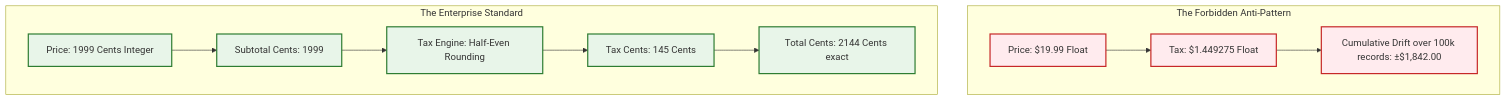
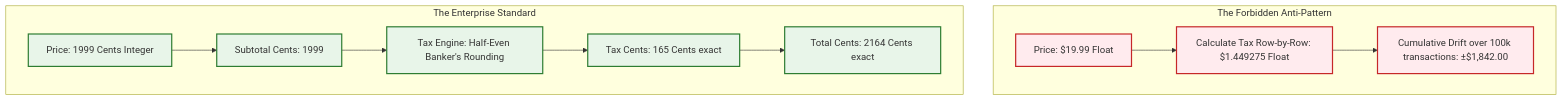
Before and after one commit to reviveproject4-source/OpenBSA: the diagram in 06-edge-cases-and-anti-failure/07-tax-and-multi-currency-rounding-integrity.md, drawn with Mermaid. The commit also changed other lines of this file and 18 other files, not shown here.

````diff
--- a/06-edge-cases-and-anti-failure/07-tax-and-multi-currency-rounding-integrity.md
+++ b/06-edge-cases-and-anti-failure/07-tax-and-multi-currency-rounding-integrity.md
@@ -25,17 +29,17 @@
 ```mermaid
 graph TD
     classDef bad fill:#ffebee,stroke:#c62828,stroke-width:2px;
     classDef good fill:#e8f5e9,stroke:#2e7d32,stroke-width:2px;
 
     subgraph The Forbidden Anti-Pattern
-        F1[Price: $19.99 Float]:::bad --> F2[Tax: $1.449275 Float]:::bad
-        F2 --> F3[Cumulative Drift over 100k records: ±$1,842.00]:::bad
+        F1[Price: $19.99 Float]:::bad --> F2[Calculate Tax Row-by-Row: $1.449275 Float]:::bad
+        F2 --> F3[Cumulative Drift over 100k transactions: ±$1,842.00]:::bad
     end
 
     subgraph The Enterprise Standard
         I1[Price: 1999 Cents Integer]:::good --> I2[Subtotal Cents: 1999]:::good
-        I2 --> I3[Tax Engine: Half-Even Rounding]:::good
-        I3 --> I4[Tax Cents: 145 Cents]:::good
-        I4 --> I5[Total Cents: 2144 Cents exact]:::good
+        I2 --> I3[Tax Engine: Half-Even Banker's Rounding]:::good
+        I3 --> I4[Tax Cents: 165 Cents exact]:::good
+        I4 --> I5[Total Cents: 2164 Cents exact]:::good
     end
 ```
````
